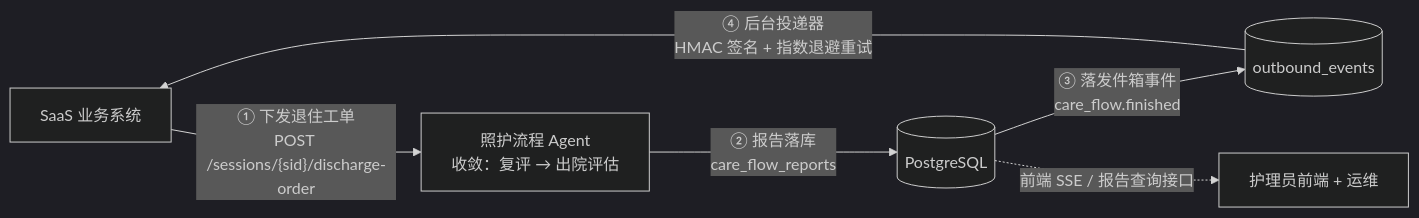
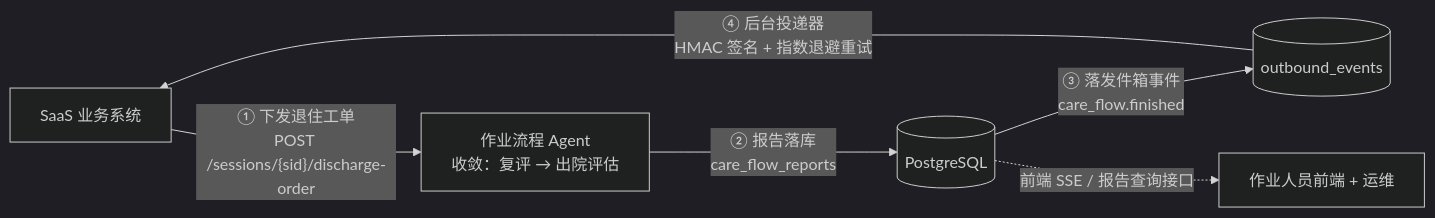
Before and after one commit to sysyan321-alt/fieldops-agent: the tenth of 13 diagrams in 文档/架构流程图.md, drawn with Mermaid (dark theme). The commit also changed other lines of this file and 109 other files, not shown here.

````diff
--- a/文档/架构流程图.md
+++ b/文档/架构流程图.md
@@ -449,8 +449,8 @@
 ```mermaid
 flowchart LR
-    S["SaaS 业务系统"] -->|"① 下发退住工单<br/>POST /sessions/{sid}/discharge-order"| A["照护流程 Agent<br/>收敛：复评 → 出院评估"]
+    S["SaaS 业务系统"] -->|"① 下发退住工单<br/>POST /sessions/{sid}/discharge-order"| A["作业流程 Agent<br/>收敛：复评 → 出院评估"]
     A -->|"② 报告落库<br/>care_flow_reports"| DB[("PostgreSQL")]
     DB -->|"③ 落发件箱事件<br/>care_flow.finished"| Q[("outbound_events")]
     Q -->|"④ 后台投递器<br/>HMAC 签名 + 指数退避重试"| S
-    DB -.->|"前端 SSE / 报告查询接口"| F["护理员前端 + 运维"]
+    DB -.->|"前端 SSE / 报告查询接口"| F["作业人员前端 + 运维"]
 ```
````
